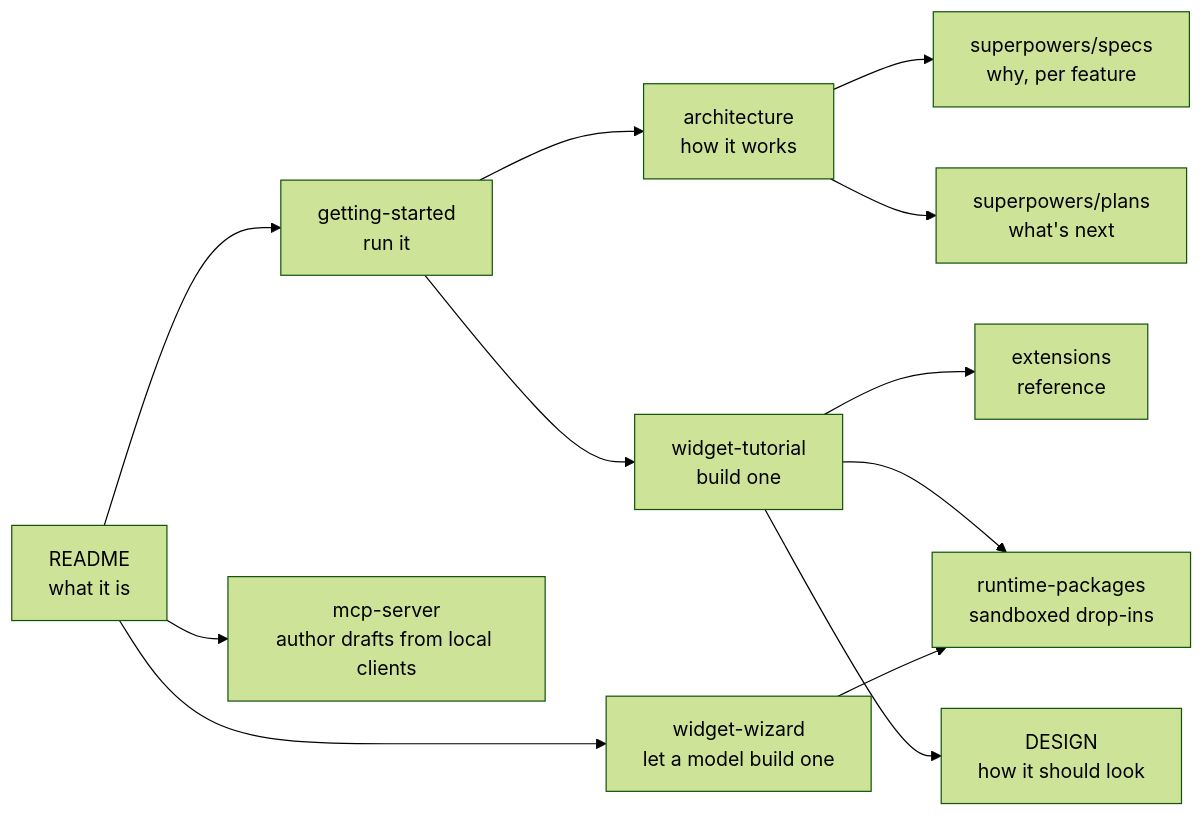
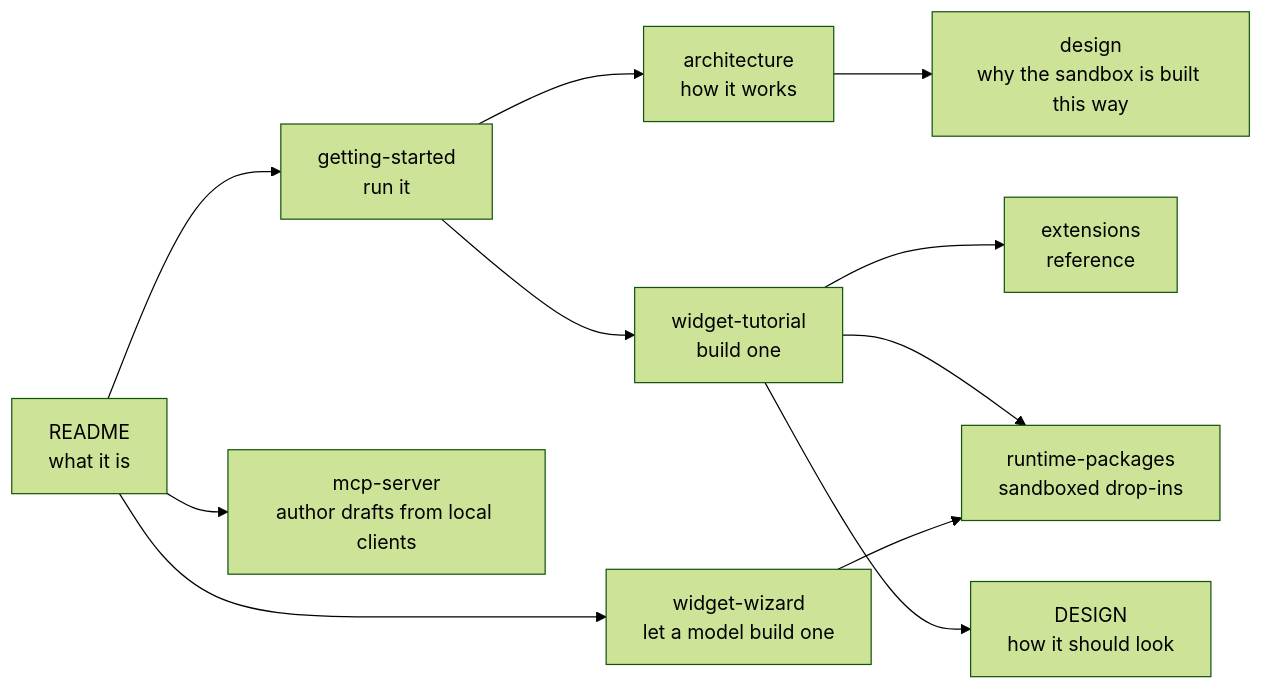
Before and after one commit to kavibay/kavibay: the diagram in docs/README.md, drawn with Mermaid (forest theme). The commit also changed other lines of this file and 125 other files, not shown here.

Commit message:
docs: drop docs/superpowers; keep the two live design docs under docs/design

````diff
--- a/docs/README.md
+++ b/docs/README.md
@@ -3,14 +3,13 @@
 ```mermaid
 flowchart LR
     r["README<br/>what it is"] --> g["getting-started<br/>run it"]
     g --> a["architecture<br/>how it works"]
     g --> t["widget-tutorial<br/>build one"]
     t --> e["extensions<br/>reference"]
     t --> p["runtime-packages<br/>sandboxed drop-ins"]
     t --> d["DESIGN<br/>how it should look"]
     r --> w["widget-wizard<br/>let a model build one"]
     r --> m["mcp-server<br/>author drafts from local clients"]
     w --> p
-    a --> s["superpowers/specs<br/>why, per feature"]
-    a --> pl["superpowers/plans<br/>what's next"]
+    a --> s["design<br/>why the sandbox is built this way"]
 ```
````
